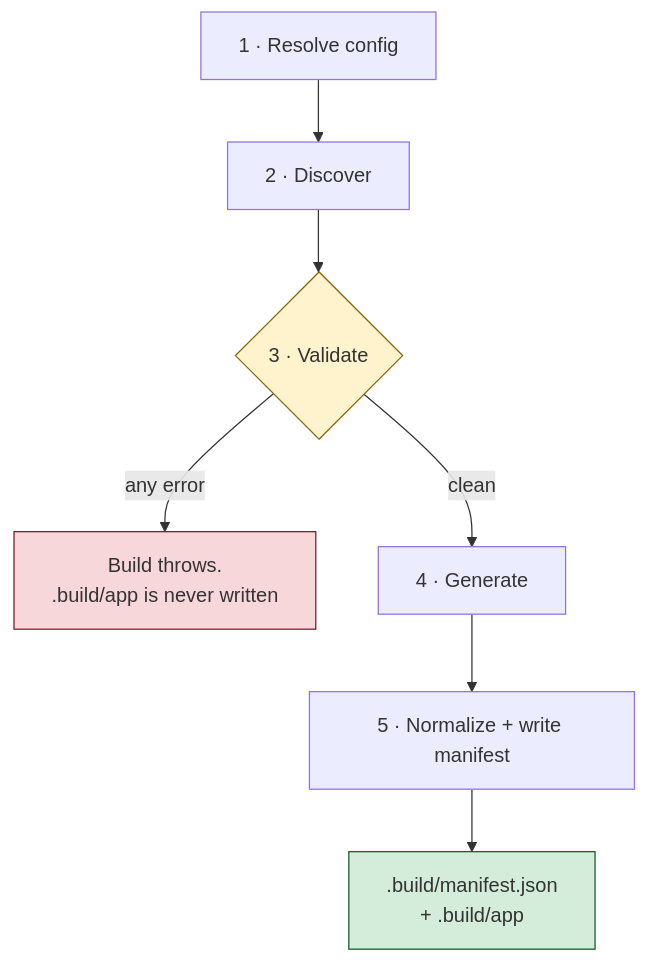
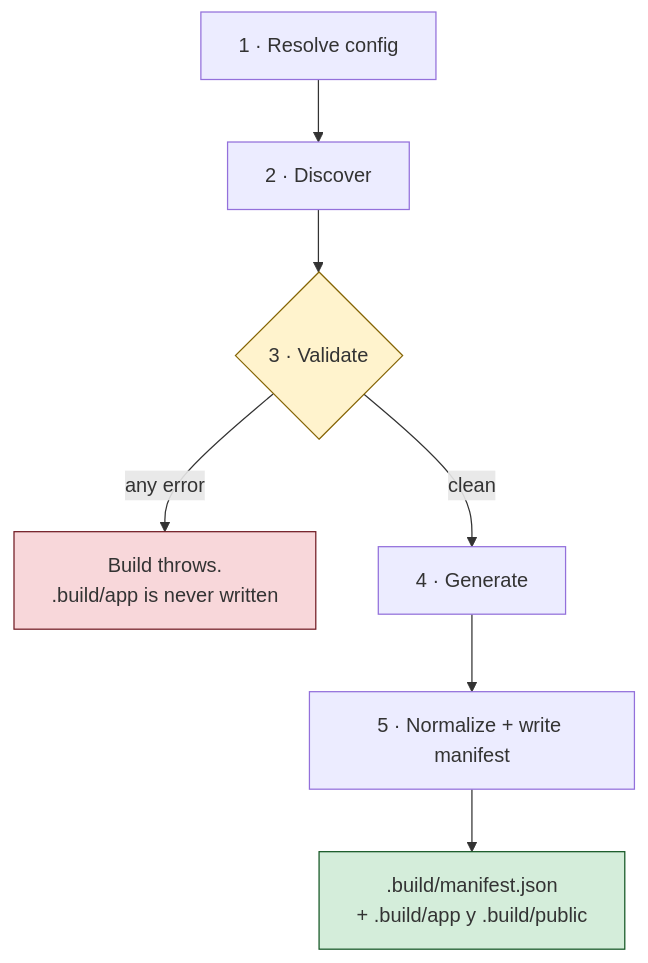
One commit to ortus-boxlang/bx-agents changed the diagram in docs/versions/1.0.x/i18n/es/course/07-building-your-agent.md. Above: the diagram before and after it, drawn with Mermaid. The commit also changed other lines of this file and 71 other files, not shown here.

First line of the commit message:
Document the app/public layout: what is in .build and what is served, the Application.bx variants, deploy, changelog, plan

````diff
--- a/docs/versions/1.0.x/i18n/es/course/07-building-your-agent.md
+++ b/docs/versions/1.0.x/i18n/es/course/07-building-your-agent.md
@@ -23,13 +23,13 @@
 ```mermaid
 flowchart TD
     A["1 · Resolve config"] --> B["2 · Discover"]
     B --> C{"3 · Validate"}
     C -->|"any error"| X["Build throws.<br/>.build/app is never written"]
     C -->|"clean"| D["4 · Generate"]
     D --> E["5 · Normalize + write manifest"]
-    E --> F[".build/manifest.json<br/>+ .build/app"]
+    E --> F[".build/manifest.json<br/>+ .build/app y .build/public"]
 
     style C fill:#fff3cd,stroke:#856404
     style X fill:#f8d7da,stroke:#721c24
     style F fill:#d4edda,stroke:#155724
 ```
````
